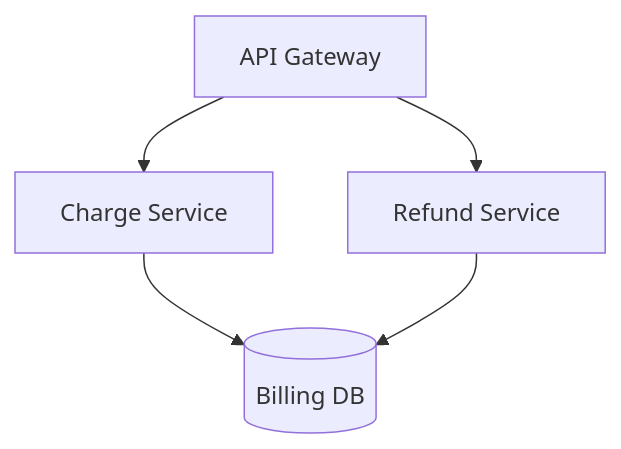
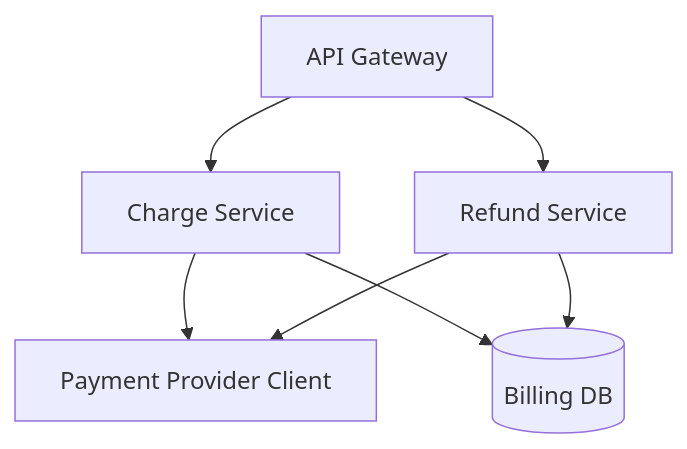
The diagram in examples/sample-architecture/billing.md (keithagroves/codeswim), drawn with Mermaid before and after one commit. The commit also changed other lines of this file and 21 other files, not shown here.

````diff
--- a/examples/sample-architecture/billing.md
+++ b/examples/sample-architecture/billing.md
@@ -10,10 +12,15 @@
 ```mermaid
 flowchart TD
     API[API Gateway] --> Charge[Charge Service]
     API --> Refund[Refund Service]
+    Charge --> Provider[Payment Provider Client]
+    Refund --> Provider
     Charge --> DB[(Billing DB)]
     Refund --> DB
 
+    click API call navigate("./api.md")
     click Charge call navigate("./charge-flow.md")
     click Refund call navigate("./src/billing/refund.ts")
+    click Provider call navigate("./src/billing/provider.ts")
+    click DB call navigate("./src/billing/db.ts")
 ```
````
